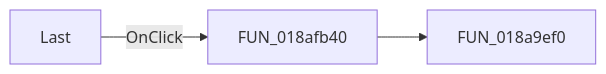
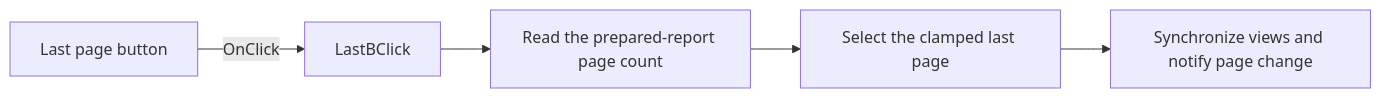
The diagram in docs/ui-controls/frxpreviewform/lastb-c9183ad6ca.md (MovGP0/TIARA), drawn with Mermaid before and after one commit. The commit also changed other lines of this file and 387 other files, not shown here.

````diff
--- a/docs/ui-controls/frxpreviewform/lastb-c9183ad6ca.md
+++ b/docs/ui-controls/frxpreviewform/lastb-c9183ad6ca.md
@@ -27,5 +27,7 @@
 ```mermaid
 flowchart LR
-    control["Last"] -->|OnClick| handler["FUN_018afb40"]
-    handler --> call1["FUN_018a9ef0"]
+    control["Last page button"] -->|OnClick| handler["LastBClick"]
+    handler --> count["Read the prepared-report page count"]
+    count --> select["Select the clamped last page"]
+    select --> notify["Synchronize views and notify page change"]
 ```
````
